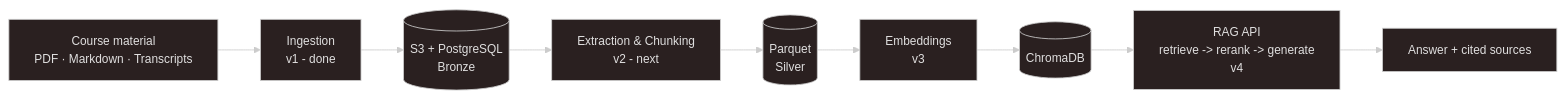
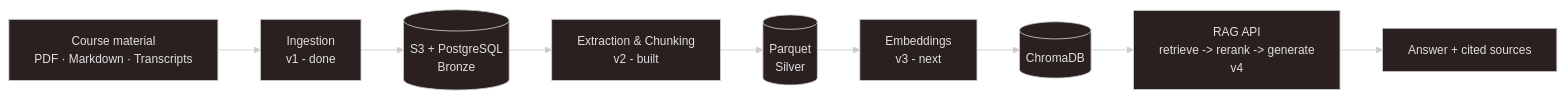
Before and after one commit to JohnnyHyytiainen/project3-kms: the diagram in README.md, drawn with Mermaid. The commit also changed other lines of this file, not shown here.

````diff
--- a/README.md
+++ b/README.md
@@ -18,15 +19,15 @@
 ```mermaid
 ---
 config:
   theme: neo-dark
 ---
 flowchart LR
     SRC["Course material<br/>PDF · Markdown · Transcripts"] --> ING["Ingestion<br/>v1 - done"]
     ING --> BRONZE[("S3 + PostgreSQL<br/>Bronze")]
-    BRONZE --> EXT["Extraction & Chunking<br/>v2 - next"]
+    BRONZE --> EXT["Extraction & Chunking<br/>v2 - built"]
     EXT --> SILVER[("Parquet<br/>Silver")]
-    SILVER --> EMB["Embeddings<br/>v3"]
+    SILVER --> EMB["Embeddings<br/>v3 - next"]
     EMB --> VDB[("ChromaDB")]
     VDB --> API["RAG API<br/>retrieve -> rerank -> generate<br/>v4"]
     API --> OUT["Answer + cited sources"]
 ```
````
